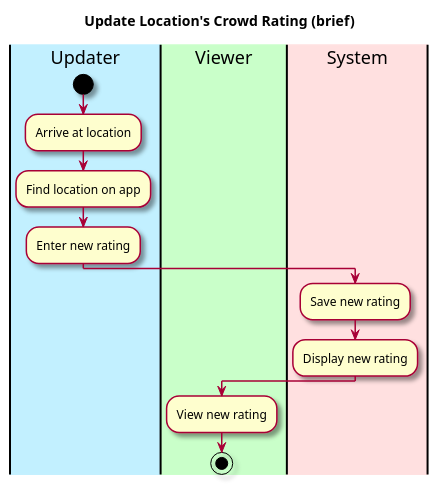
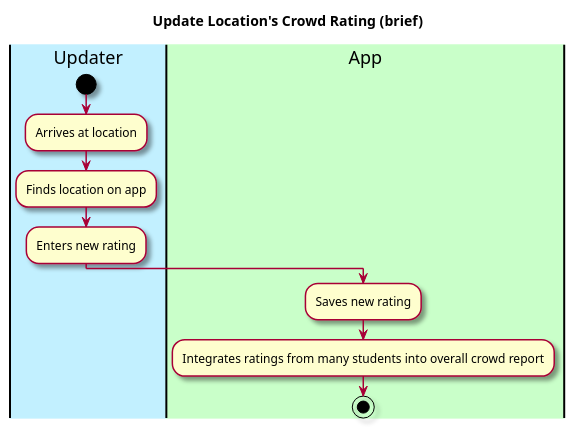
Before and after one commit to manoushpajouh/Vassar-Crowdmeter: the diagram in intellij/documentation/use_cases/report_busyness.md, drawn with PlantUML. The commit also changed 1 other file, not shown here.

Commit message:
updated check busyness and report busyness use cases

````diff
--- a/intellij/documentation/use_cases/report_busyness.md
+++ b/intellij/documentation/use_cases/report_busyness.md
@@ -32,29 +32,24 @@
 ```plantuml
 @startuml
 
 skin rose
 
 title Update Location's Crowd Rating (brief)
 
 'define the lanes
 |#application|Updater|
-|#technology|Viewer|
-|#implementation|System|
+|#technology|App|
 
 |Updater|
 start
-:Arrive at location;
-:Find location on app;
-:Enter new rating;
+:Arrives at location;
+:Finds location on app;
+:Enters new rating;
 
-|System|
-:Save new rating;
-:Display new rating;
-
-
-|Viewer|
-:View new rating;
+|App|
+:Saves new rating;
+:Integrates ratings from many students into overall crowd report;
 
 stop
 @enduml
 ```
````
